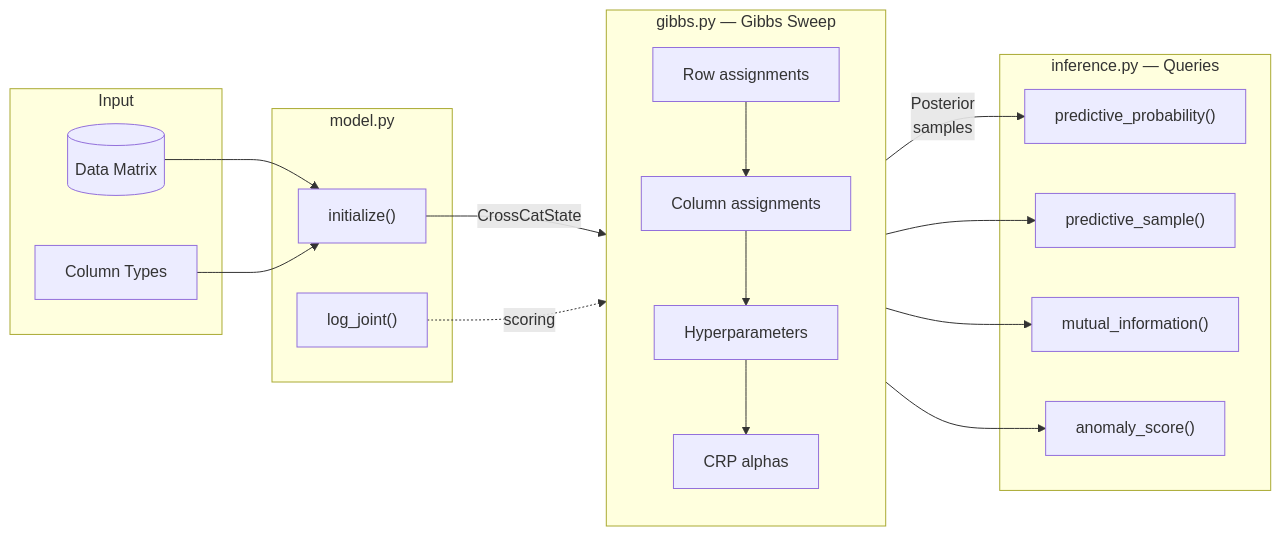
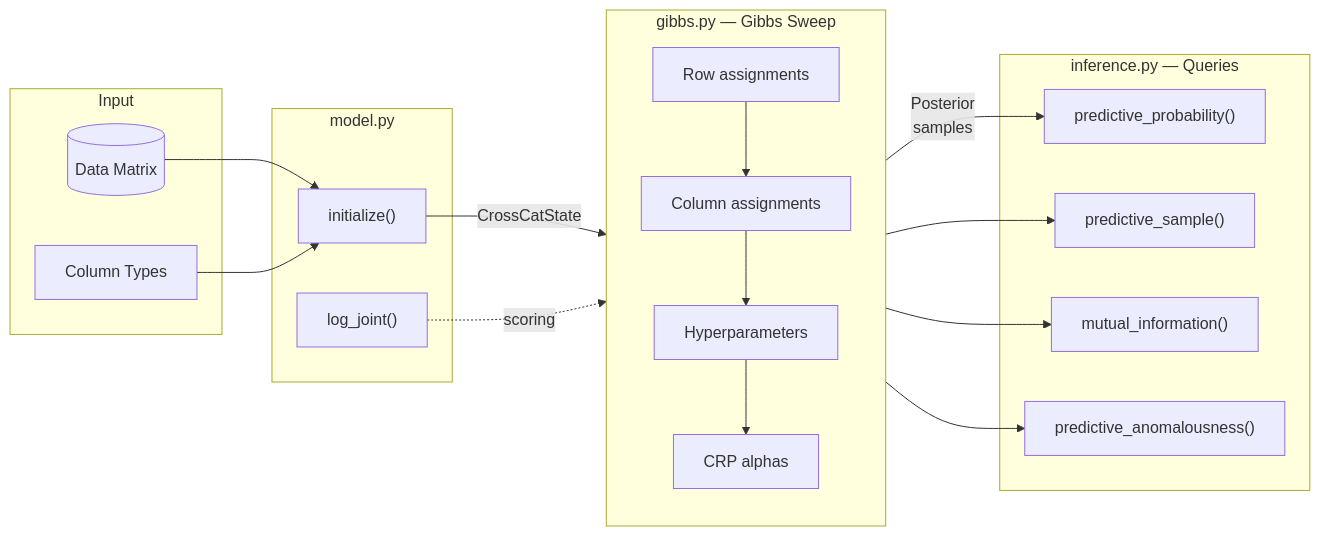
Before and after one commit to sambhal-labs/jaxcross: the second of 3 diagrams in README.md, drawn with Mermaid. The commit also changed other lines of this file and 7 other files, not shown here.

````diff
--- a/README.md
+++ b/README.md
@@ -140,37 +141,37 @@
 ```mermaid
 flowchart LR
     subgraph Input
         D[("Data Matrix")]
         T["Column Types"]
     end
 
     subgraph "model.py"
         I["initialize()"]
         LJ["log_joint()"]
     end
 
     subgraph "gibbs.py — Gibbs Sweep"
         direction TB
         R["Row assignments"]
         C["Column assignments"]
         H["Hyperparameters"]
         A["CRP alphas"]
         R --> C --> H --> A
     end
 
     subgraph "inference.py — Queries"
         PP["predictive_probability()"]
         PS["predictive_sample()"]
         MI["mutual_information()"]
-        AN["anomaly_score()"]
+        AN["predictive_anomalousness()"]
     end
 
     D --> I
     T --> I
     I -->|"CrossCatState"| R
     A -->|"Posterior\nsamples"| PP
     A --> PS
     A --> MI
     A --> AN
     LJ -.->|"scoring"| A
 ```
````
